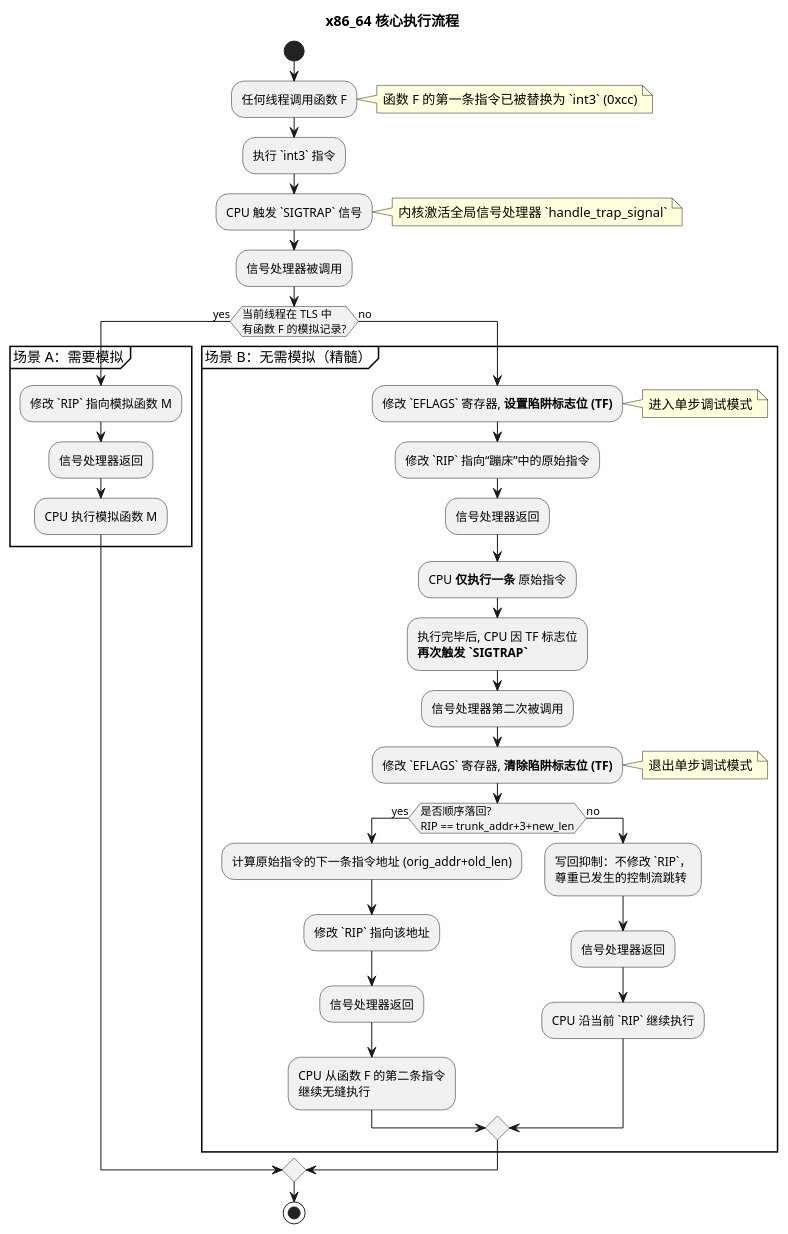
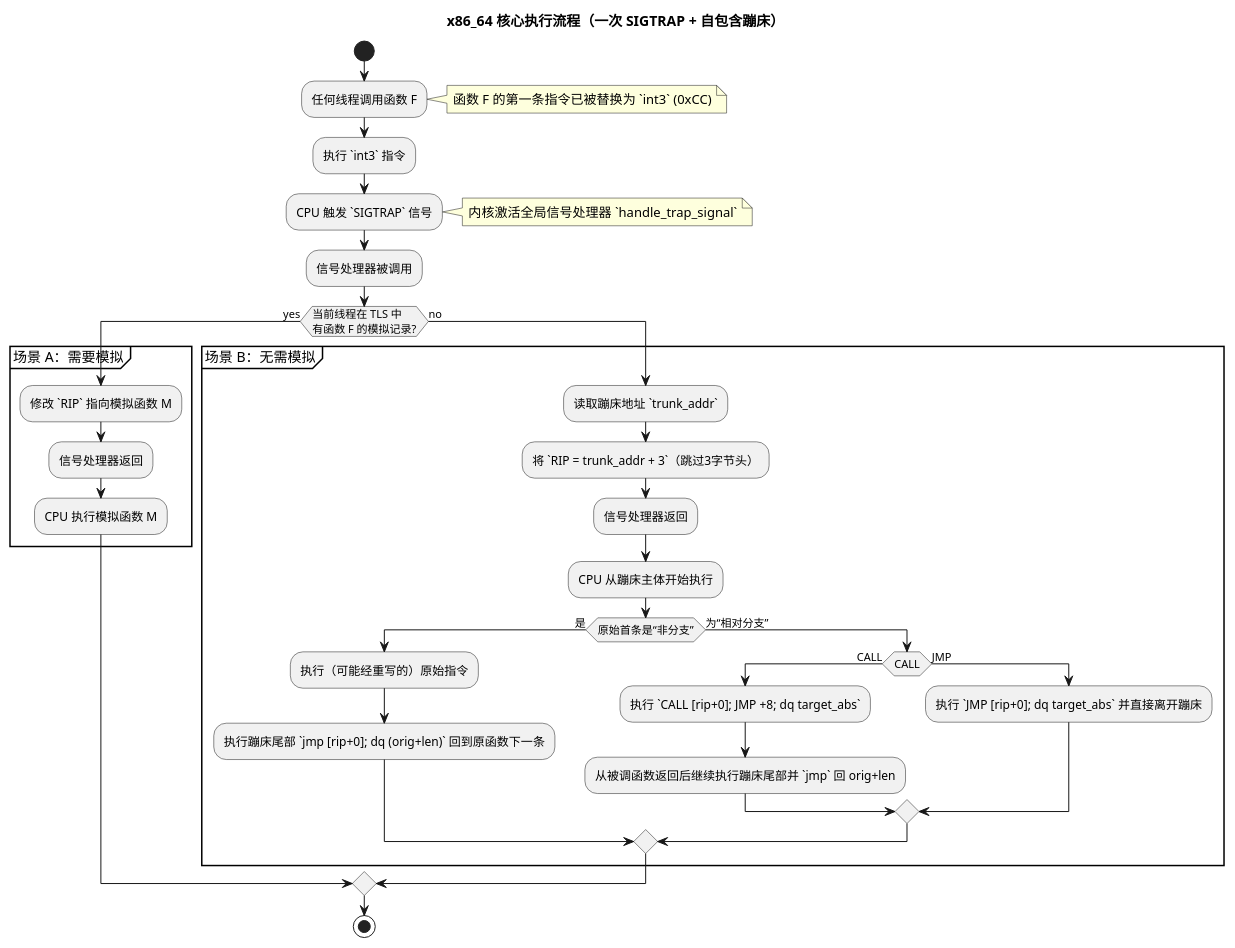
One commit to skyfireitdiy/mockrs changed the fourth of 6 diagrams in doc/方案介绍-mockrs-超越Trait的自由函数模拟与线程安全.md. Above: the diagram before and after it, drawn with PlantUML. The commit also changed other lines of this file and 9 other files, not shown here.

````diff
--- a/doc/方案介绍-mockrs-超越Trait的自由函数模拟与线程安全.md
+++ b/doc/方案介绍-mockrs-超越Trait的自由函数模拟与线程安全.md
@@ -355,46 +358,42 @@
 ```plantuml
 @startuml
-title x86_64 核心执行流程
+title x86_64 核心执行流程（一次 SIGTRAP + 自包含蹦床）
 
 start
 :任何线程调用函数 F;
-note right: 函数 F 的第一条指令已被替换为 `int3` (0xcc)
+note right: 函数 F 的第一条指令已被替换为 `int3` (0xCC)
 
 :执行 `int3` 指令;
 :CPU 触发 `SIGTRAP` 信号;
 note right: 内核激活全局信号处理器 `handle_trap_signal`
 
 :信号处理器被调用;
 if (当前线程在 TLS 中\n有函数 F 的模拟记录?) then (yes)
   partition "场景 A：需要模拟" {
     :修改 `RIP` 指向模拟函数 M;
     :信号处理器返回;
     :CPU 执行模拟函数 M;
   }
 else (no)
-  partition "场景 B：无需模拟（精髓）" {
-    :修改 `EFLAGS` 寄存器, **设置陷阱标志位 (TF)**;
-    note right: 进入单步调试模式
-    :修改 `RIP` 指向“蹦床”中的原始指令;
+  partition "场景 B：无需模拟" {
+    :读取蹦床地址 `trunk_addr`;
+    :将 `RIP = trunk_addr + 3`（跳过3字节头）;
     :信号处理器返回;
-    :CPU **仅执行一条** 原始指令;
-    :执行完毕后, CPU 因 TF 标志位\n**再次触发 `SIGTRAP`**;
-    :信号处理器第二次被调用;
-    :修改 `EFLAGS` 寄存器, **清除陷阱标志位 (TF)**;
-    note right: 退出单步调试模式
-    if (是否顺序落回?\nRIP == trunk_addr+3+new_len) then (yes)
-      :计算原始指令的下一条指令地址 (orig_addr+old_len);
-      :修改 `RIP` 指向该地址;
-      :信号处理器返回;
-      :CPU 从函数 F 的第二条指令\n继续无缝执行;
-    else (no)
-      :写回抑制：不修改 `RIP`，\n尊重已发生的控制流跳转;
-      :信号处理器返回;
-      :CPU 沿当前 `RIP` 继续执行;
+    :CPU 从蹦床主体开始执行;
+    if (原始首条是“非分支”) then (是)
+      :执行（可能经重写的）原始指令;
+      :执行蹦床尾部 `jmp [rip+0]; dq (orig+len)` 回到原函数下一条;
+    else (为“相对分支”) 
+      if (CALL) then (CALL)
+        :执行 `CALL [rip+0]; JMP +8; dq target_abs`;
+        :从被调函数返回后继续执行蹦床尾部并 `jmp` 回 orig+len;
+      else (JMP)
+        :执行 `JMP [rip+0]; dq target_abs` 并直接离开蹦床;
+      endif
     endif
   }
 endif
 stop
 
 @enduml
 ```
````
